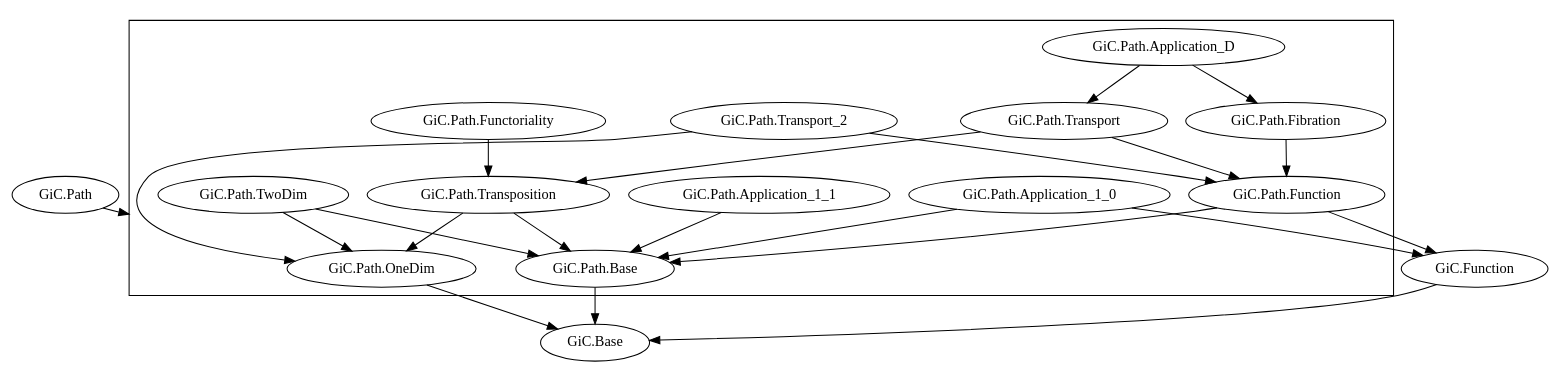
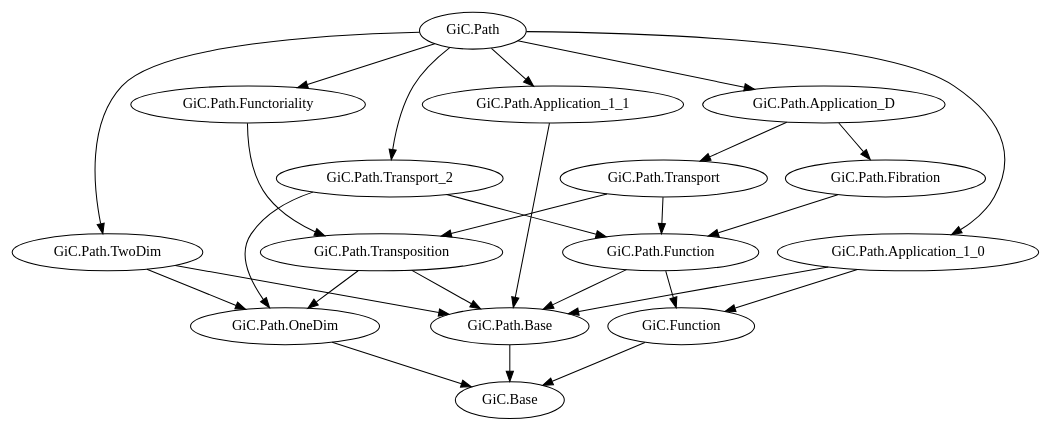
The diagram in documents/libraries-tred.gv (Hexirp/googology-in-coq), drawn with Graphviz before and after one commit. The commit also changed 1 other file, not shown here.

Commit message:
Update: graphvis の使い方を変える
美しく表示させるために。サブグラフとかの小細工をやめて、 GiC.Path の
依存関係を Require ベースで判断した。

```diff
--- a/documents/libraries-tred.gv
+++ b/documents/libraries-tred.gv
@@ -1,69 +1,57 @@
 digraph dependency_graph_tred {
-  compound = true;
-
   # GiC.Base
 
   # GiC.Function
   "GiC.Function" -> "GiC.Base";
 
   # GiC.Path.Base
   "GiC.Path.Base" -> "GiC.Base";
 
   # GiC.Path.Function
   "GiC.Path.Function" -> "GiC.Function";
   "GiC.Path.Function" -> "GiC.Path.Base";
 
   # GiC.Path.OneDim
   "GiC.Path.OneDim" -> "GiC.Base";
 
   # GiC.Path.TwoDim
   "GiC.Path.TwoDim" -> "GiC.Path.Base";
   "GiC.Path.TwoDim" -> "GiC.Path.OneDim";
 
   # GiC.Path.Transposition
   "GiC.Path.Transposition" -> "GiC.Path.Base";
   "GiC.Path.Transposition" -> "GiC.Path.OneDim";
 
   # GiC.Path.Functoriality
   "GiC.Path.Functoriality" -> "GiC.Path.Transposition";
 
   # GiC.Path.Application_1_0
   "GiC.Path.Application_1_0" -> "GiC.Function";
   "GiC.Path.Application_1_0" -> "GiC.Path.Base";
 
   # GiC.Path.Application_1_1
   "GiC.Path.Application_1_1" -> "GiC.Path.Base";
 
   # GiC.Path.Transport
   "GiC.Path.Transport" -> "GiC.Path.Function";
   "GiC.Path.Transport" -> "GiC.Path.Transposition";
 
   # GiC.Path.Fibration
   "GiC.Path.Fibration" -> "GiC.Path.Function";
 
   # GiC.Path.Transport_2
   "GiC.Path.Transport_2" -> "GiC.Path.Function";
   "GiC.Path.Transport_2" -> "GiC.Path.OneDim";
 
   # GiC.Path.Application_D
   "GiC.Path.Application_D" -> "GiC.Path.Transport";
   "GiC.Path.Application_D" -> "GiC.Path.Fibration";
 
   # GiC.Path
-  subgraph cluster_GiC_Path {
-    "GiC.Path.Base";
-    "GiC.Path.Function";
-    "GiC.Path.OneDim";
-    "GiC.Path.TwoDim";
-    "GiC.Path.Transposition";
-    "GiC.Path.Functoriality";
-    "GiC.Path.Application_1_0";
-    "GiC.Path.Application_1_1";
-    "GiC.Path.Transport";
-    "GiC.Path.Fibration";
-    "GiC.Path.Transport_2";
-    "GiC.Path.Application_D";
-  }
-
-  "GiC.Path" -> "GiC.Path.Base" [lhead = cluster_GiC_Path];
+  "GiC.Path" -> "GiC.Path.TwoDim";
+  "GiC.Path" -> "GiC.Path.Functoriality";
+  "GiC.Path" -> "GiC.Path.Application_1_0";
+  "GiC.Path" -> "GiC.Path.Application_1_1";
+  "GiC.Path" -> "GiC.Path.Transport_2";
+  "GiC.Path" -> "GiC.Path.Application_D";
 }
```
